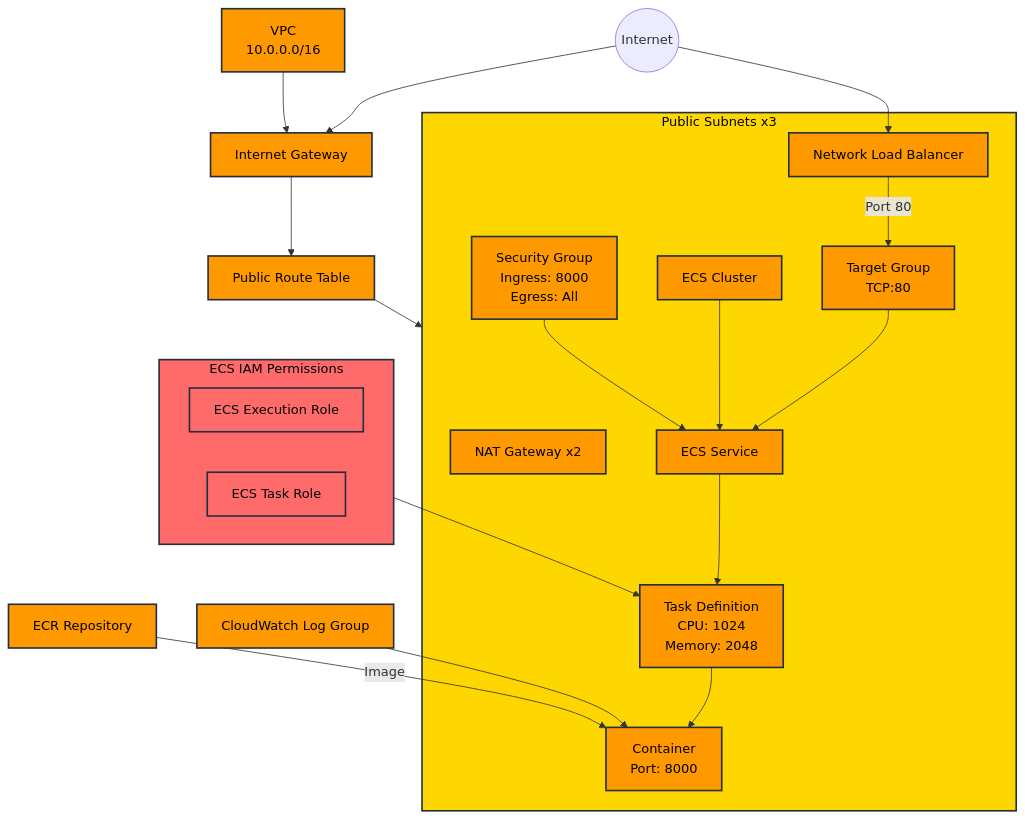
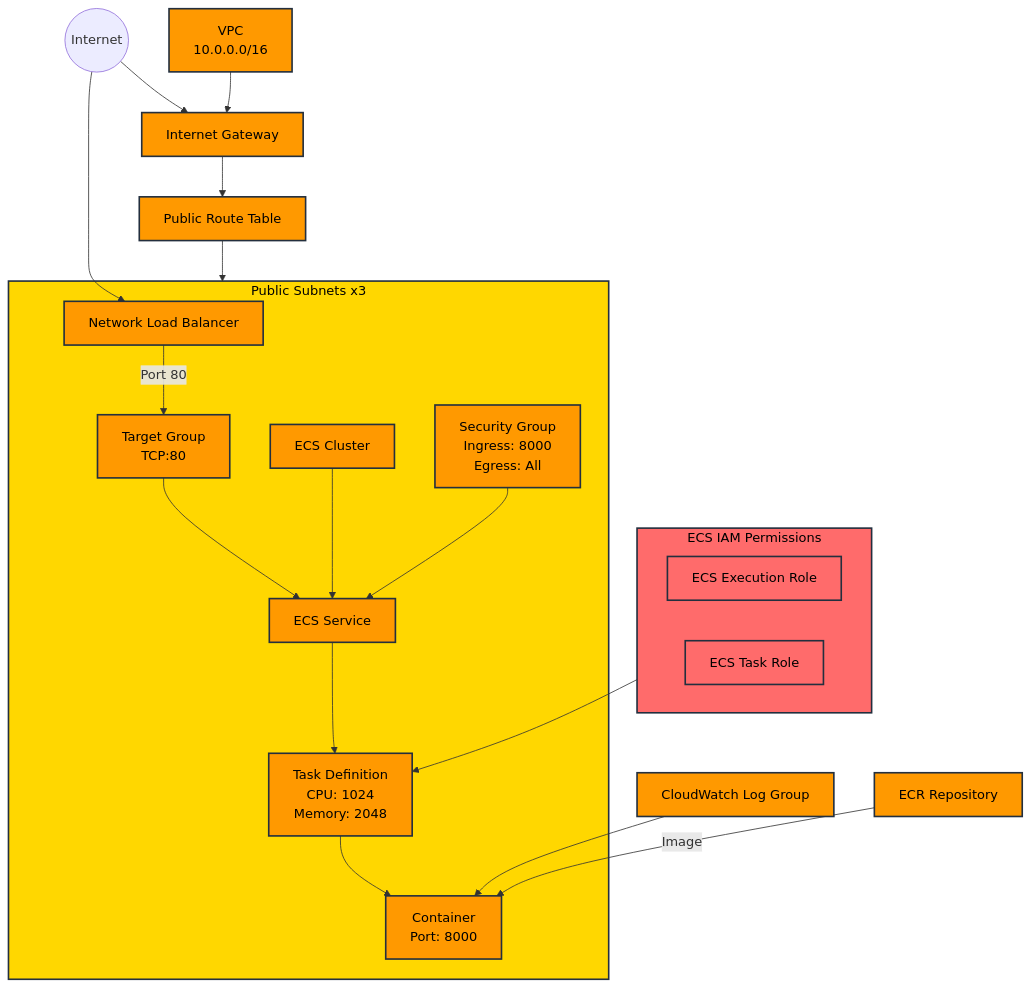
Before and after one commit to guardrails-ai/guardrails: the diagram in docs/how_to_guides/continuous_integration_continuous_deployment.md, drawn with Mermaid.

````diff
--- a/docs/how_to_guides/continuous_integration_continuous_deployment.md
+++ b/docs/how_to_guides/continuous_integration_continuous_deployment.md
@@ -451,58 +451,57 @@
 ```mermaid
 graph TD
     %% Internet and IGW
     Internet((Internet)) --> IGW[Internet Gateway]
     IGW --> RouteTable[Public Route Table]
 
     %% VPC Container
     VPC[VPC<br/>10.0.0.0/16] --> IGW
     
     %% IAM Permissions Group
     subgraph ECSIAMPermissions["ECS IAM Permissions"]
         ExecutionRole[ECS Execution Role]
         TaskRole[ECS Task Role]
     end
     
     %% Public Subnet Group
     subgraph PublicSubnets["Public Subnets x3"]
-        NATGateway[NAT Gateway x2]
         NLB[Network Load Balancer]
         TG[Target Group<br/>TCP:80]
         SG[Security Group<br/>Ingress: 8000<br/>Egress: All]
         ECSCluster[ECS Cluster]
         
         %% ECS Components
         ECSService[ECS Service]
         TaskDef[Task Definition<br/>CPU: 1024<br/>Memory: 2048]
         Container[Container<br/>Port: 8000]
         
         %% Internal Connections
         NLB --> |Port 80| TG
         TG --> ECSService
         ECSCluster --> ECSService
         SG --> ECSService
         ECSService --> TaskDef
         TaskDef --> Container
     end
     
     %% IAM Connections
     ECSIAMPermissions --> TaskDef
     
     %% Route Table Connection
     RouteTable --> PublicSubnets
     
     %% External Service Connections
     CloudWatchLogs[CloudWatch Log Group] --> Container
     ECR[ECR Repository] --> |Image| Container
     
     %% Internet Access
     Internet --> NLB
 
     %% Styling
     classDef aws fill:#FF9900,stroke:#232F3E,stroke-width:2px,color:black
     classDef subnet fill:#FFD700,stroke:#232F3E,stroke-width:2px,color:black
     classDef iam fill:#FF6B6B,stroke:#232F3E,stroke-width:2px,color:black
     class VPC,IGW,NATGateway,RouteTable,NLB,TG,ECSCluster,ECSService,TaskDef,Container,SG,CloudWatchLogs,ECR aws
     class PublicSubnets subnet
     class ECSIAMPermissions,ExecutionRole,TaskRole iam
 ```
````
